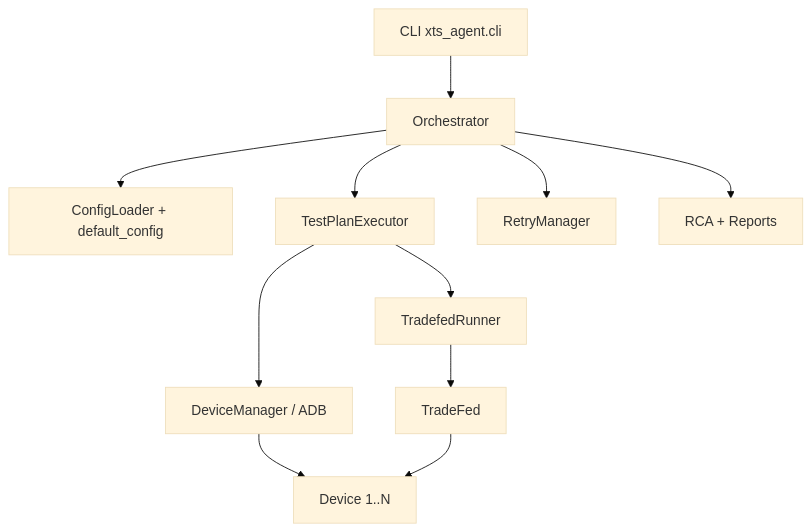
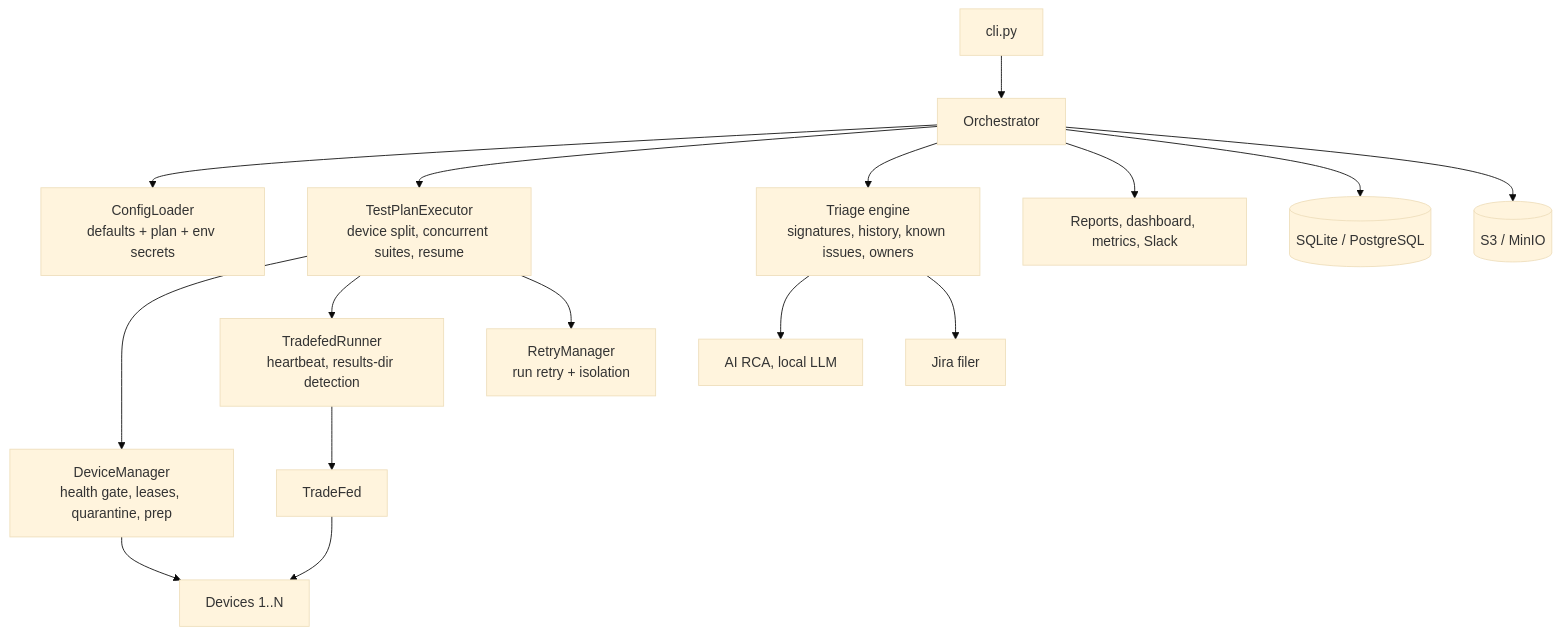
The second of 2 diagrams in README.md (hemangpandhi/xTS-Agent), drawn with Mermaid (base theme) before and after one commit. The commit also changed other lines of this file and 2 other files, not shown here.

First line of the commit message:
docs: OEM overview, architecture and run flow; restructure README

````diff
--- a/README.md
+++ b/README.md
@@ -466,13 +538,17 @@
 ```mermaid
 graph TD
-    A[CLI xts_agent.cli] --> B[Orchestrator]
-    B --> C[ConfigLoader + default_config]
-    B --> D[TestPlanExecutor]
-    D --> E[DeviceManager / ADB]
-    D --> F[TradefedRunner]
-    F --> G[TradeFed]
-    E --> H[Device 1..N]
-    G --> H
-    B --> I[RetryManager]
-    B --> J[RCA + Reports]
+    CLI[cli.py] --> ORC[Orchestrator]
+    ORC --> CFG[ConfigLoader<br/>defaults + plan + env secrets]
+    ORC --> EXE[TestPlanExecutor<br/>device split, concurrent suites, resume]
+    EXE --> DM[DeviceManager<br/>health gate, leases, quarantine, prep]
+    EXE --> TFR[TradefedRunner<br/>heartbeat, results-dir detection]
+    EXE --> RM[RetryManager<br/>run retry + isolation]
+    TFR --> TF[TradeFed] --> DEV[Devices 1..N]
+    DM --> DEV
+    ORC --> TRI[Triage engine<br/>signatures, history, known issues, owners]
+    TRI --> AI[AI RCA, local LLM]
+    TRI --> JIRA[Jira filer]
+    ORC --> REP[Reports, dashboard, metrics, Slack]
+    ORC --> DB[(SQLite / PostgreSQL)]
+    ORC --> S3[(S3 / MinIO)]
 ```
````
